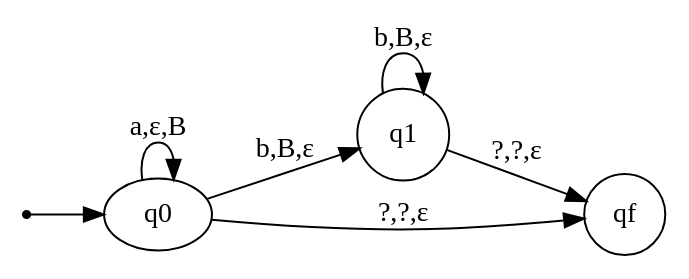
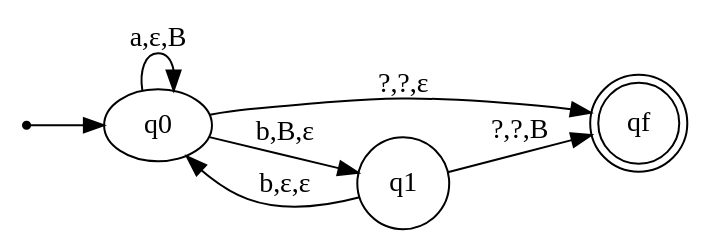
The diagram in graphpy.gv (AndrExAgris/LFA), drawn with Graphviz before and after one commit. The commit also changed 3 other files, not shown here.

```diff
--- a/graphpy.gv
+++ b/graphpy.gv
@@ -1,11 +1,12 @@
  digraph X {
  rankdir=LR;
  init [shape=point]
  init -> q0
-q0 node[shape=circle]
+ node[shape=doublecircle] qf;
+ node[shape=circle]
  q0 -> q0 [label="a,ε,B"]
  q0 -> q1 [label="b,B,ε"]
  q0 -> qf [label="?,?,ε"]
- q1 -> q1 [label="b,B,ε"]
- q1 -> qf [label="?,?,ε"]
+ q1 -> q0 [label="b,ε,ε"]
+ q1 -> qf [label="?,?,B"]
 }
```
